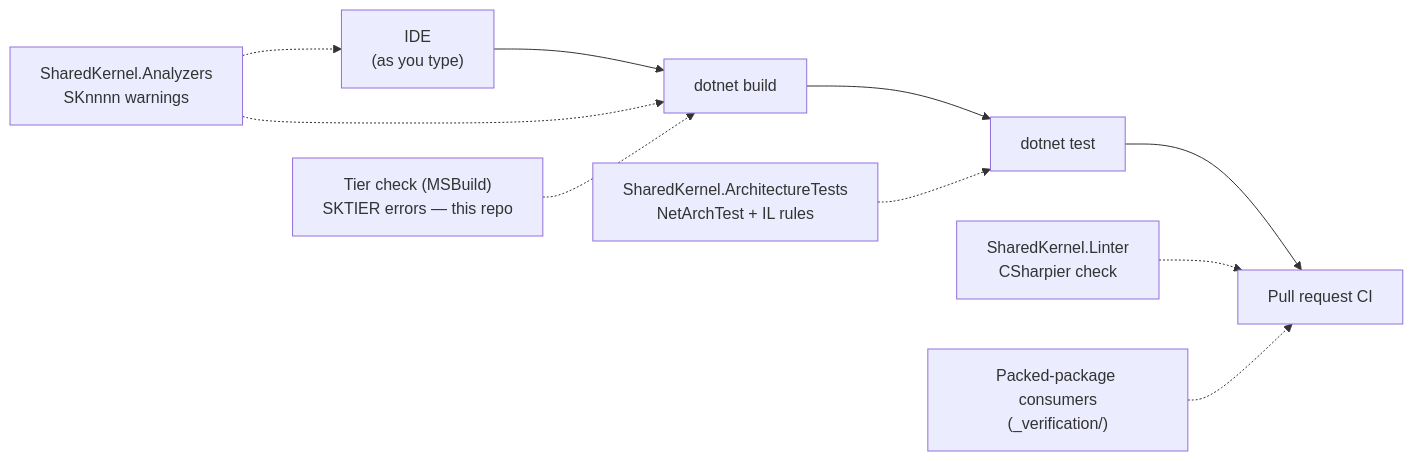
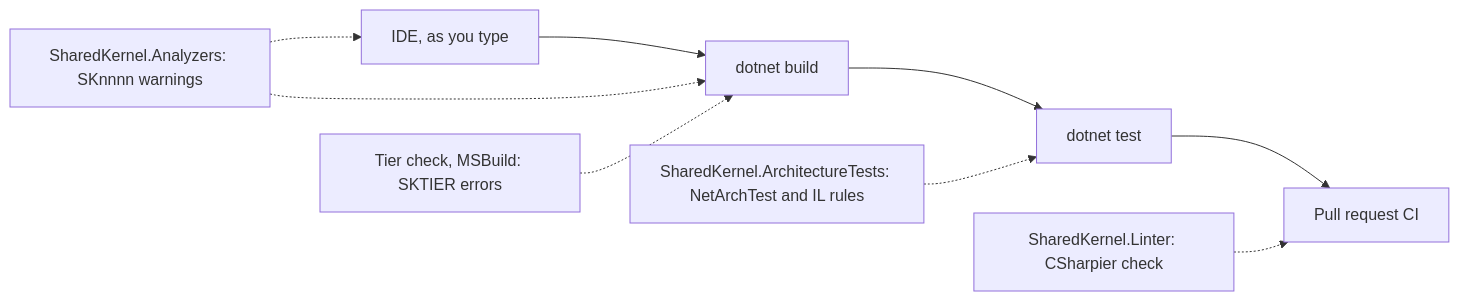
One commit to Gresta-Vertex-Labs/platform-shared-kernel changed the diagram in tools/Governance/README.md. Above: the diagram before and after it, drawn with Mermaid. The commit also changed other lines of this file and 228 other files, not shown here.

````diff
--- a/tools/Governance/README.md
+++ b/tools/Governance/README.md
@@ -44,11 +52,9 @@
 ```mermaid
 flowchart LR
-    ide["IDE<br/>(as you type)"] --> build["dotnet build"] --> test["dotnet test"] --> ci["Pull request CI"]
-
-    an["SharedKernel.Analyzers<br/>SKnnnn warnings"] -.-> ide
+    ide["IDE, as you type"] --> build["dotnet build"] --> test["dotnet test"] --> ci["Pull request CI"]
+    an["SharedKernel.Analyzers: SKnnnn warnings"] -.-> ide
     an -.-> build
-    tier["Tier check (MSBuild)<br/>SKTIER errors — this repo"] -.-> build
-    arch["SharedKernel.ArchitectureTests<br/>NetArchTest + IL rules"] -.-> test
-    lint["SharedKernel.Linter<br/>CSharpier check"] -.-> ci
-    verify["Packed-package consumers<br/>(_verification/)"] -.-> ci
+    tier["Tier check, MSBuild: SKTIER errors"] -.-> build
+    arch["SharedKernel.ArchitectureTests: NetArchTest and IL rules"] -.-> test
+    lint["SharedKernel.Linter: CSharpier check"] -.-> ci
 ```
````
